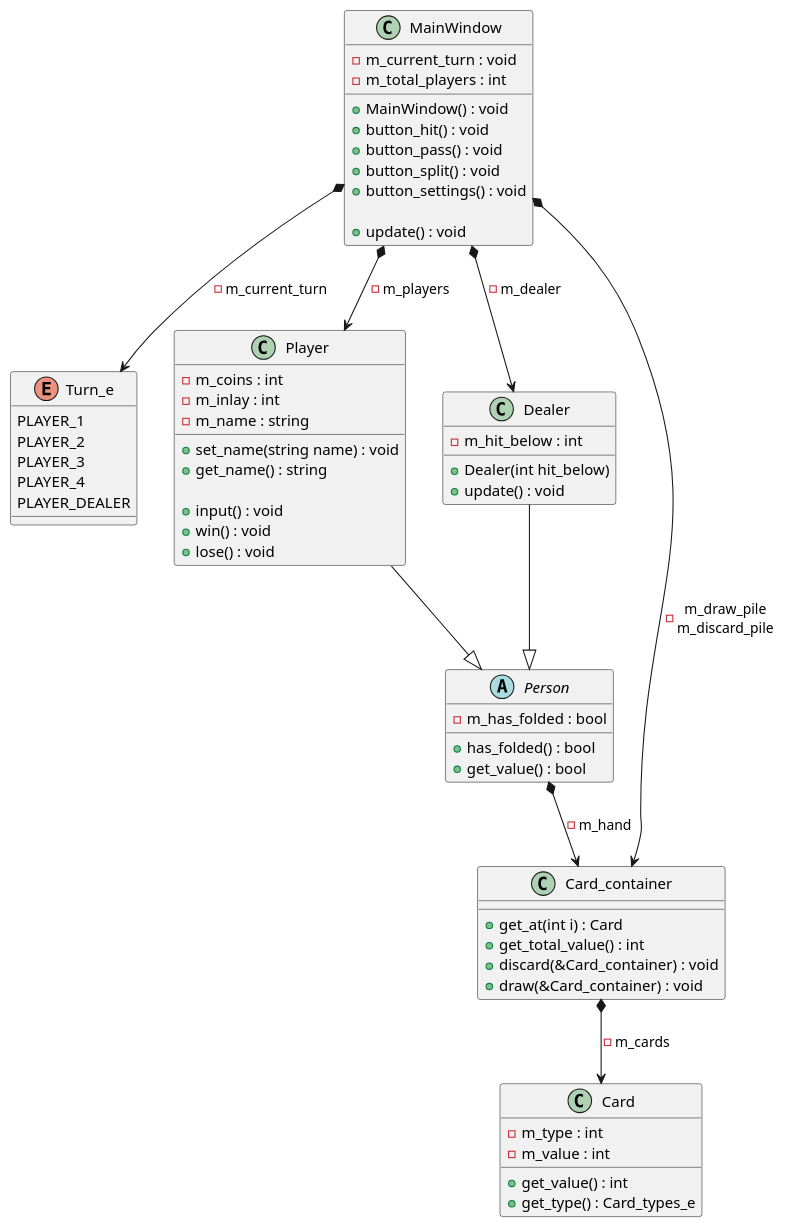
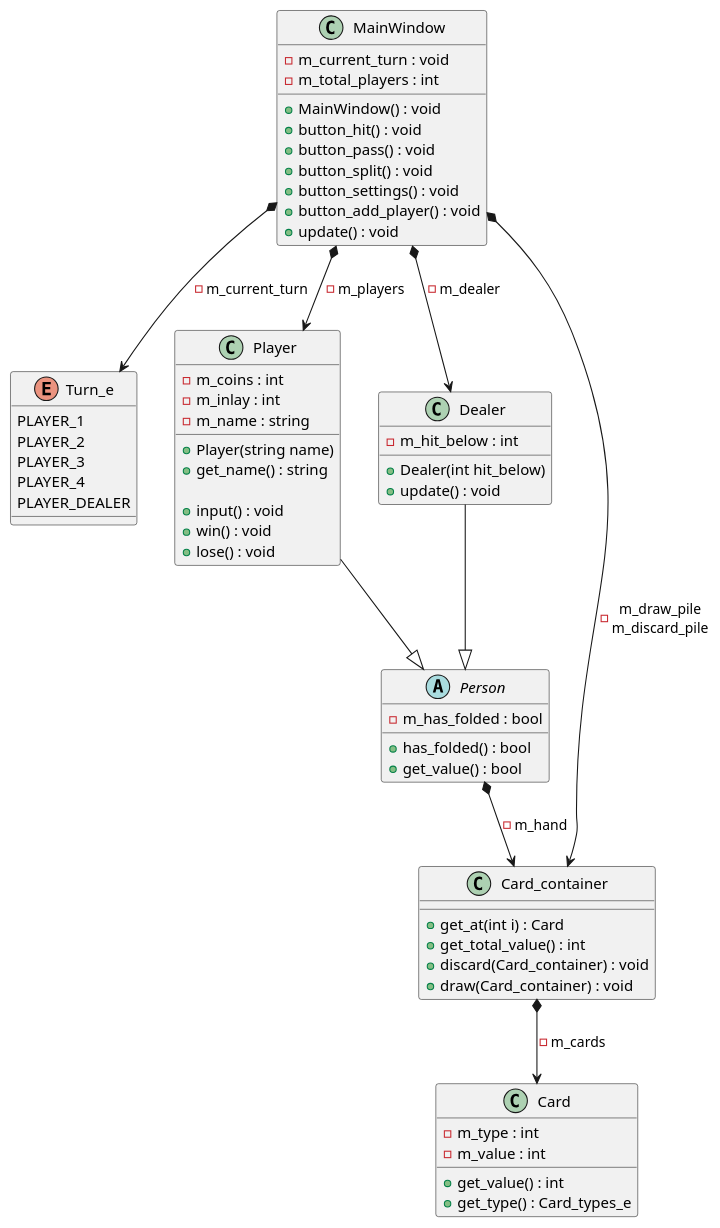
Before and after one commit to Noud-Janssen/oop_blackjack: the diagram in docs/class_diagram2.wsd, drawn with PlantUML. The commit also changed 1 other file, not shown here.

```diff
--- a/docs/class_diagram2.wsd
+++ b/docs/class_diagram2.wsd
@@ -1,79 +1,81 @@
 @startuml class_diagram2
 
 class MainWindow {
     -m_current_turn : void
     -m_total_players : int
 
     +MainWindow() : void
     +button_hit() : void
     +button_pass() : void
     +button_split() : void
     +button_settings() : void
+    +button_add_player() : void
+
 
     +update() : void
 }
 
 enum Turn_e {
     PLAYER_1
     PLAYER_2
     PLAYER_3
     PLAYER_4
     PLAYER_DEALER
 }
 
 abstract Person {
     -m_has_folded : bool
 
     +has_folded() : bool
     +get_value() : bool
 }  
 
 class Player {
     -m_coins : int
     -m_inlay : int
     -m_name : string
 
-    +set_name(string name) : void
+    +Player(string name)
     +get_name() : string
 
     +input() : void
     +win() : void
     +lose() : void
 }
 
 class Dealer {
     +Dealer(int hit_below)
 
     -m_hit_below : int
 
     +update() : void
 }
 
 Player --|> Person
 Dealer --|> Person
 
 
 class Card_container {
     +get_at(int i) : Card
     +get_total_value() : int
-    +discard(&Card_container) : void
-    +draw(&Card_container) : void
+    +discard(Card_container) : void
+    +draw(Card_container) : void
 }
 
 class Card {
     -m_type : int
     -m_value : int
     +get_value() : int
     +get_type() : Card_types_e
 }
 
 MainWindow *--> Player : -m_players
 MainWindow *--> Dealer : -m_dealer
 MainWindow *--> Card_container : -m_draw_pile\nm_discard_pile
 MainWindow *--> Turn_e : -m_current_turn
 
 Person *--> Card_container : -m_hand
 
 Card_container *--> Card : -m_cards
 
 @enduml
```
